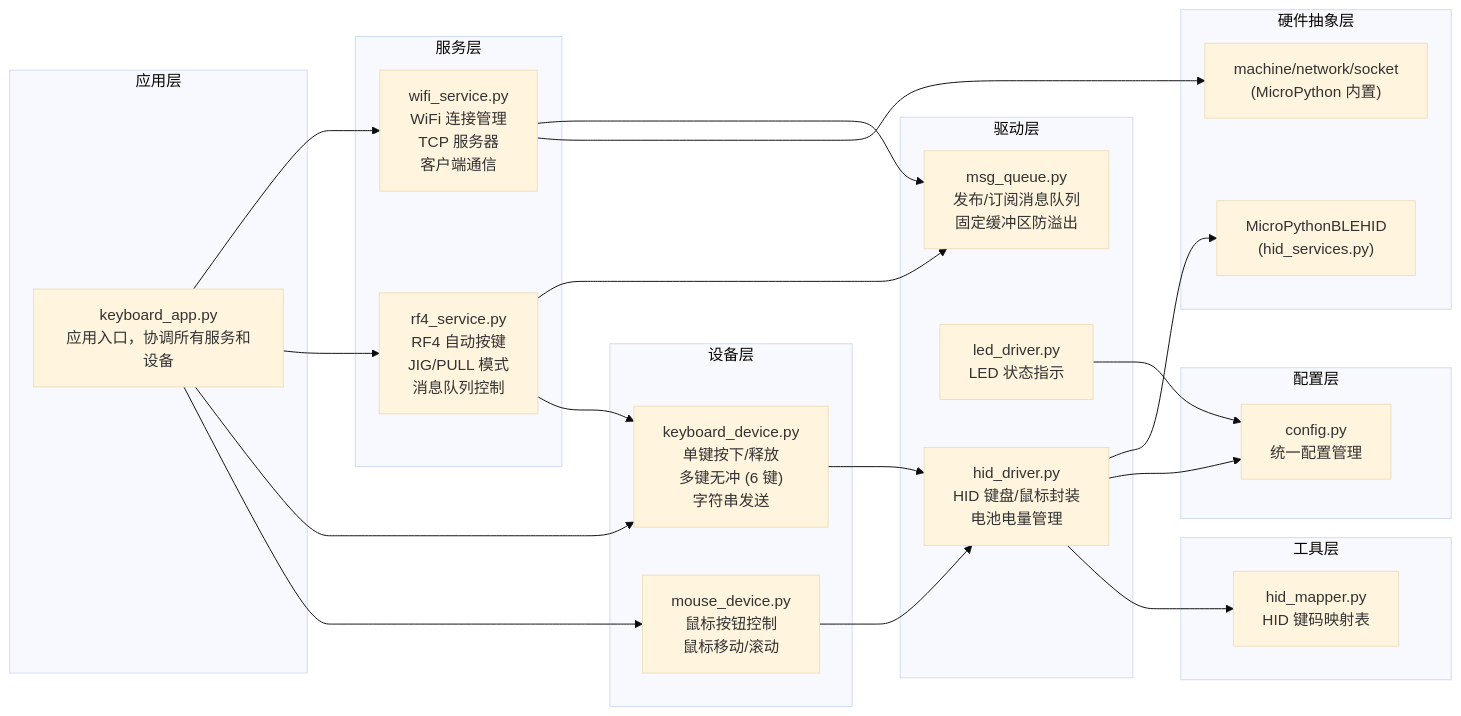
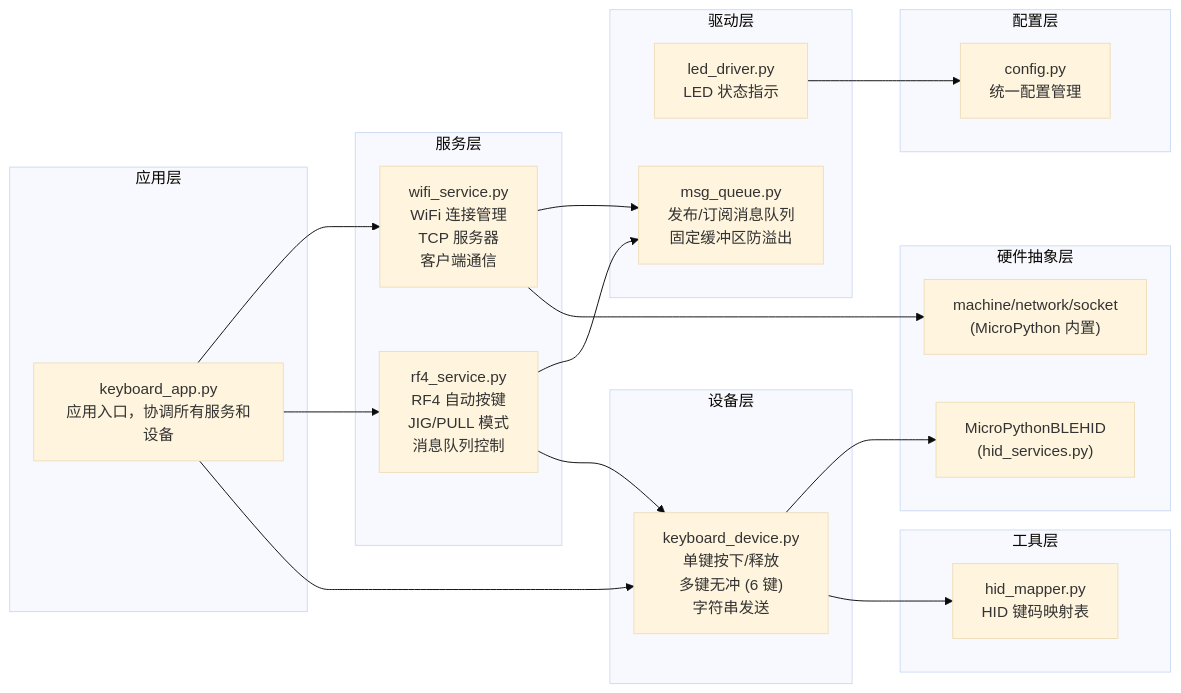
One commit to Ts-sound/esp32-python-keyboard changed the first of 5 diagrams in docs/design/README.md. Above: the diagram before and after it, drawn with Mermaid (base theme). The commit also changed other lines of this file and 9 other files, not shown here.

First line of the commit message:
refactor: remove hid_driver.py and mouse_device.py, use hid_services directly

````diff
--- a/docs/design/README.md
+++ b/docs/design/README.md
@@ -9,50 +9,44 @@
 ```mermaid
 flowchart LR
     subgraph App["应用层"]
         KA["keyboard_app.py<br/>应用入口，协调所有服务和设备"]
     end
     
     subgraph Services["服务层"]
         WS["wifi_service.py<br/>WiFi 连接管理<br/>TCP 服务器<br/>客户端通信"]
         RS["rf4_service.py<br/>RF4 自动按键<br/>JIG/PULL 模式<br/>消息队列控制"]
     end
     
     subgraph Devices["设备层"]
         KD["keyboard_device.py<br/>单键按下/释放<br/>多键无冲 (6 键)<br/>字符串发送"]
-        MD["mouse_device.py<br/>鼠标按钮控制<br/>鼠标移动/滚动"]
     end
     
     subgraph Drivers["驱动层"]
-        HD["hid_driver.py<br/>HID 键盘/鼠标封装<br/>电池电量管理"]
         LD["led_driver.py<br/>LED 状态指示"]
         MQ["msg_queue.py<br/>发布/订阅消息队列<br/>固定缓冲区防溢出"]
     end
     
     subgraph Config["配置层"]
         CFG["config.py<br/>统一配置管理"]
     end
     
     subgraph Utils["工具层"]
         HM["hid_mapper.py<br/>HID 键码映射表"]
     end
     
     subgraph Hardware["硬件抽象层"]
         MPH["MicroPythonBLEHID<br/>(hid_services.py)"]
         NATIVE["machine/network/socket<br/>(MicroPython 内置)"]
     end
     
     KA --> WS
     KA --> RS
     WS --> MQ
     RS --> MQ
     RS --> KD
     KA --> KD
-    KA --> MD
-    KD --> HD
-    MD --> HD
-    HD --> MPH
+    KD --> MPH
     WS --> NATIVE
-    HD --> CFG
-    HD --> HM
+    KD --> HM
     LD --> CFG
 ```
````
